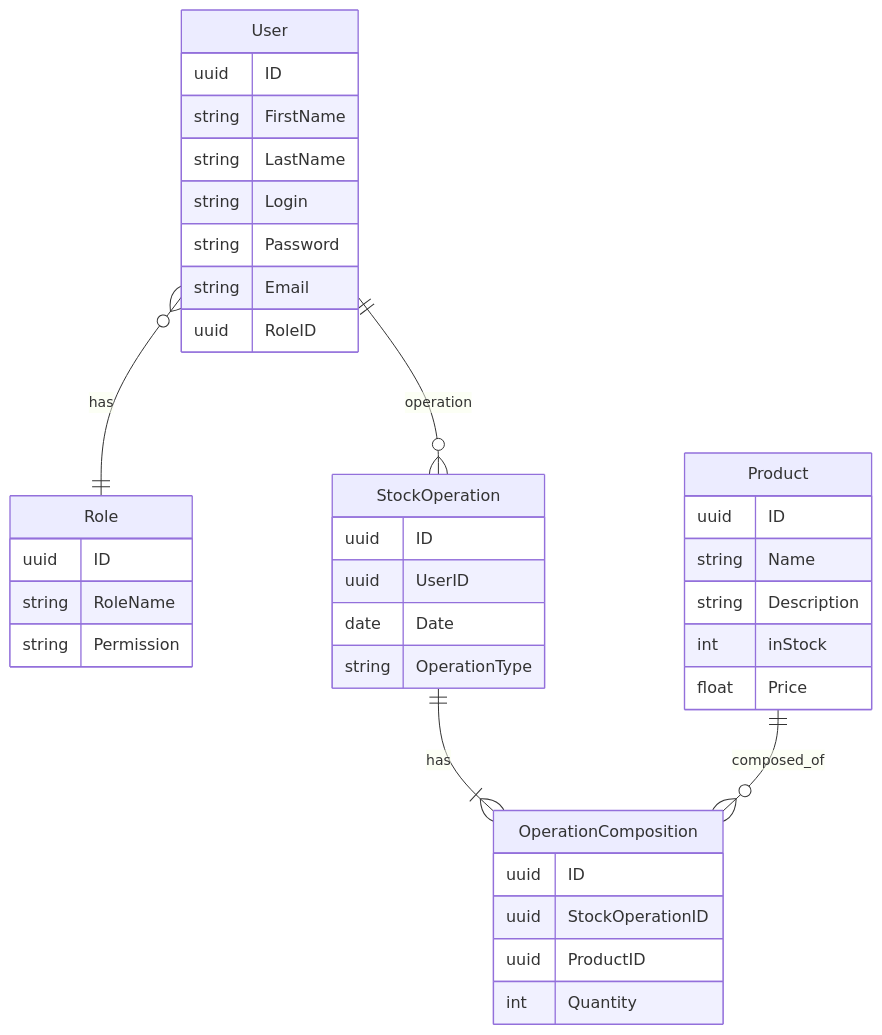
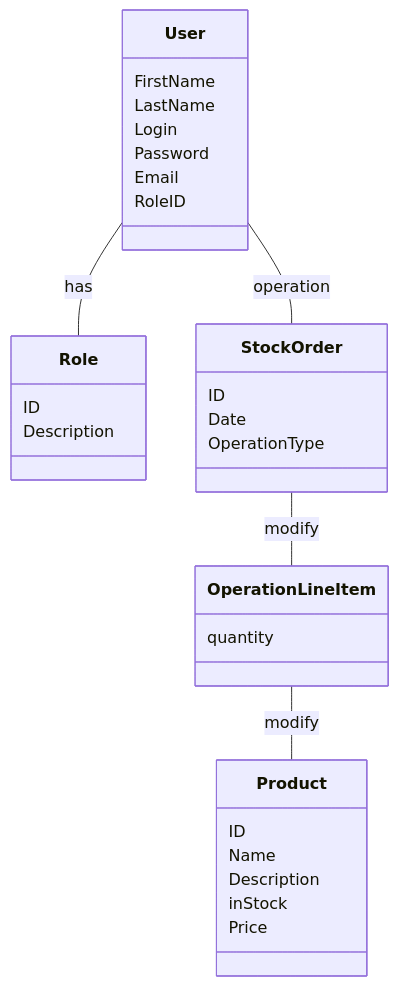
Before and after one commit to PortnovAlex80/node_js_pro: the first of 2 diagrams in README.md, drawn with Mermaid. The commit also changed other lines of this file, not shown here.

````diff
--- a/README.md
+++ b/README.md
@@ -493,47 +3,37 @@
 ```mermaid
-erDiagram
-
-    User }o--|| Role : has
-        
-    User {
-        uuid ID
-        string FirstName
-        string LastName
-        string Login
-        string Password
-        string Email
-        uuid RoleID
+classDiagram
+    class User{
+        FirstName
+        LastName
+        Login
+        Password
+        Email
+        RoleID   
+    }
+    class Role{
+        ID
+        Description
     }
     
-    Role {
-        uuid ID
-        string RoleName
-        string Permission
+    class StockOrder{
+        ID
+        Date
+        OperationType
+            }
+        class OperationLineItem{
+quantity
+            }
+    
+    class Product{
+        ID
+        Name
+        Description
+        inStock
+        Price
     }
     
-    User ||--o{ StockOperation : operation	  
-    StockOperation ||--|{ OperationComposition : has
-    Product ||--o{ OperationComposition : composed_of
-    
-    StockOperation {
-        uuid ID
-        uuid UserID
-        date Date
-        string OperationType
-    }
-    
-    Product {
-        uuid ID
-        string Name
-        string Description
-        int inStock
-        float Price
-    }
-    
-    OperationComposition {
-        uuid ID
-        uuid StockOperationID
-        uuid ProductID
-        int Quantity
-    }
+    User  --  StockOrder : operation
+    User  --  Role : has
+    StockOrder  --  OperationLineItem : modify
+    OperationLineItem  --  Product : modify
 ```
````
